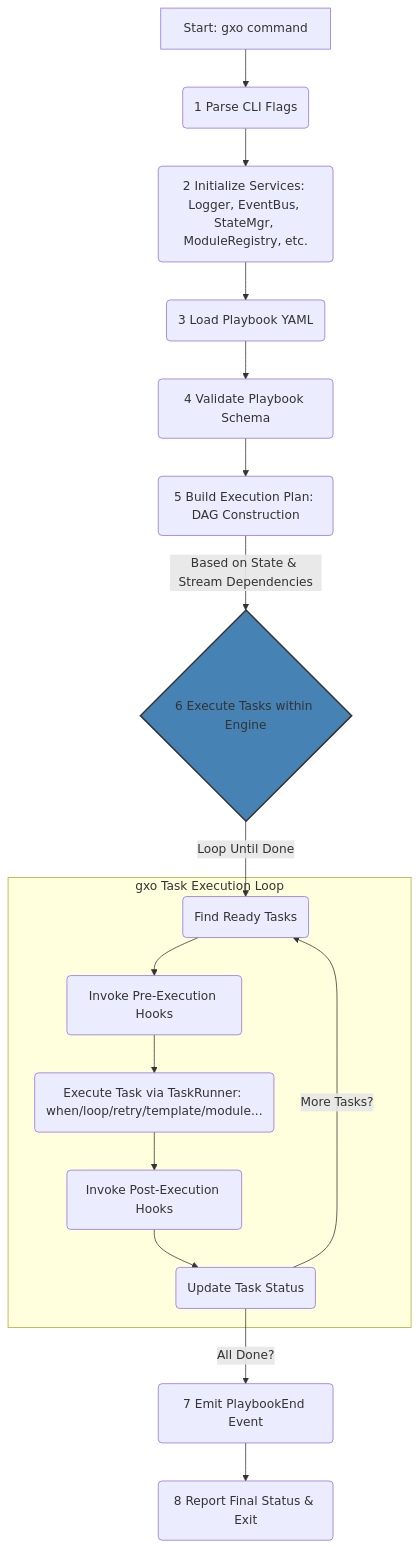
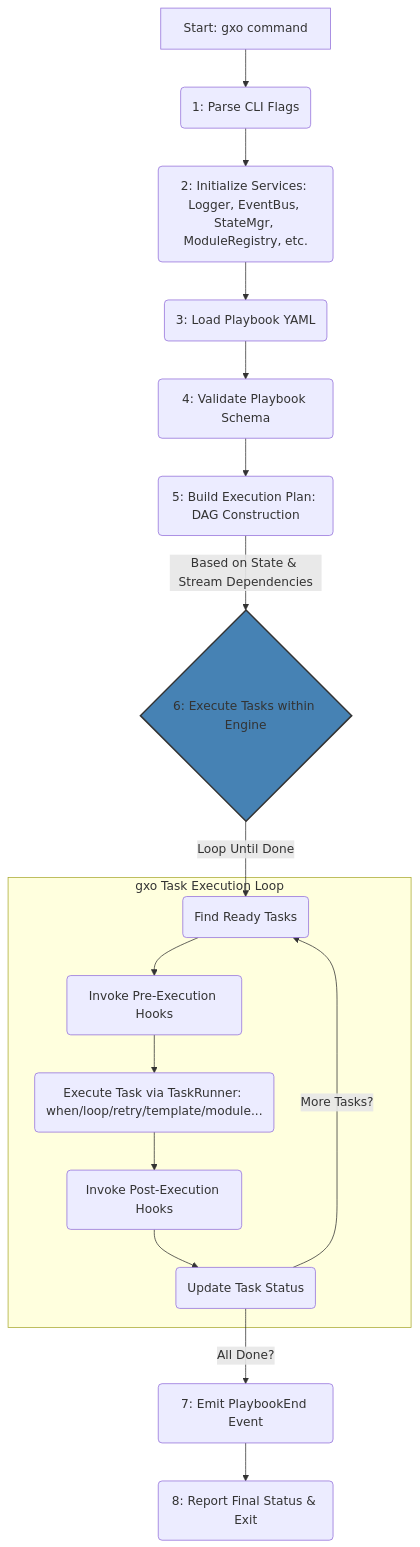
Before and after one commit to brian-c-moore/gxo: the diagram in docs/architecture.md, drawn with Mermaid.

````diff
--- a/docs/architecture.md
+++ b/docs/architecture.md
@@ -117,23 +117,23 @@
 ```mermaid
 graph TD
-    A[Start: gxo command] --> B(1 Parse CLI Flags);
-    B --> C(2 Initialize Services: Logger, EventBus, StateMgr, ModuleRegistry, etc.);
-    C --> D(3 Load Playbook YAML);
-    D --> E(4 Validate Playbook Schema);
-    E --> F(5 Build Execution Plan: DAG Construction);
-    F -- Based on State & Stream Dependencies --> G{6 Execute Tasks within Engine};
+    A[Start: gxo command] --> B(1: Parse CLI Flags);
+    B --> C(2: Initialize Services: Logger, EventBus, StateMgr, ModuleRegistry, etc.);
+    C --> D(3: Load Playbook YAML);
+    D --> E(4: Validate Playbook Schema);
+    E --> F(5: Build Execution Plan: DAG Construction);
+    F -- Based on State & Stream Dependencies --> G{6: Execute Tasks within Engine};
     G -- Loop Until Done --> H(Find Ready Tasks);
     H --> I(Invoke Pre-Execution Hooks);
     I --> J(Execute Task via TaskRunner: when/loop/retry/template/module...);
     J --> K(Invoke Post-Execution Hooks);
     K --> L(Update Task Status);
     L -- More Tasks? --> H;
-    L -- All Done? --> M(7 Emit PlaybookEnd Event);
-    M --> N(8 Report Final Status & Exit);
+    L -- All Done? --> M(7: Emit PlaybookEnd Event);
+    M --> N(8: Report Final Status & Exit);
 
     subgraph gxo Task Execution Loop
         H; I; J; K; L;
     end
 
     style G fill:#4682b4,stroke:#333,stroke-width:2px
 ```
````
